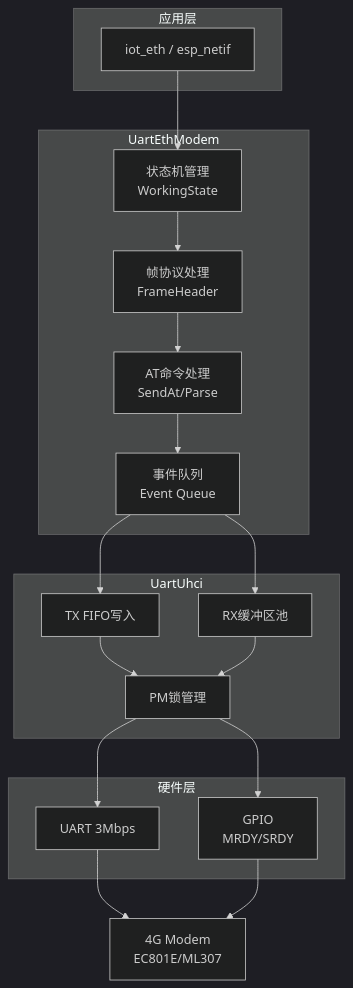
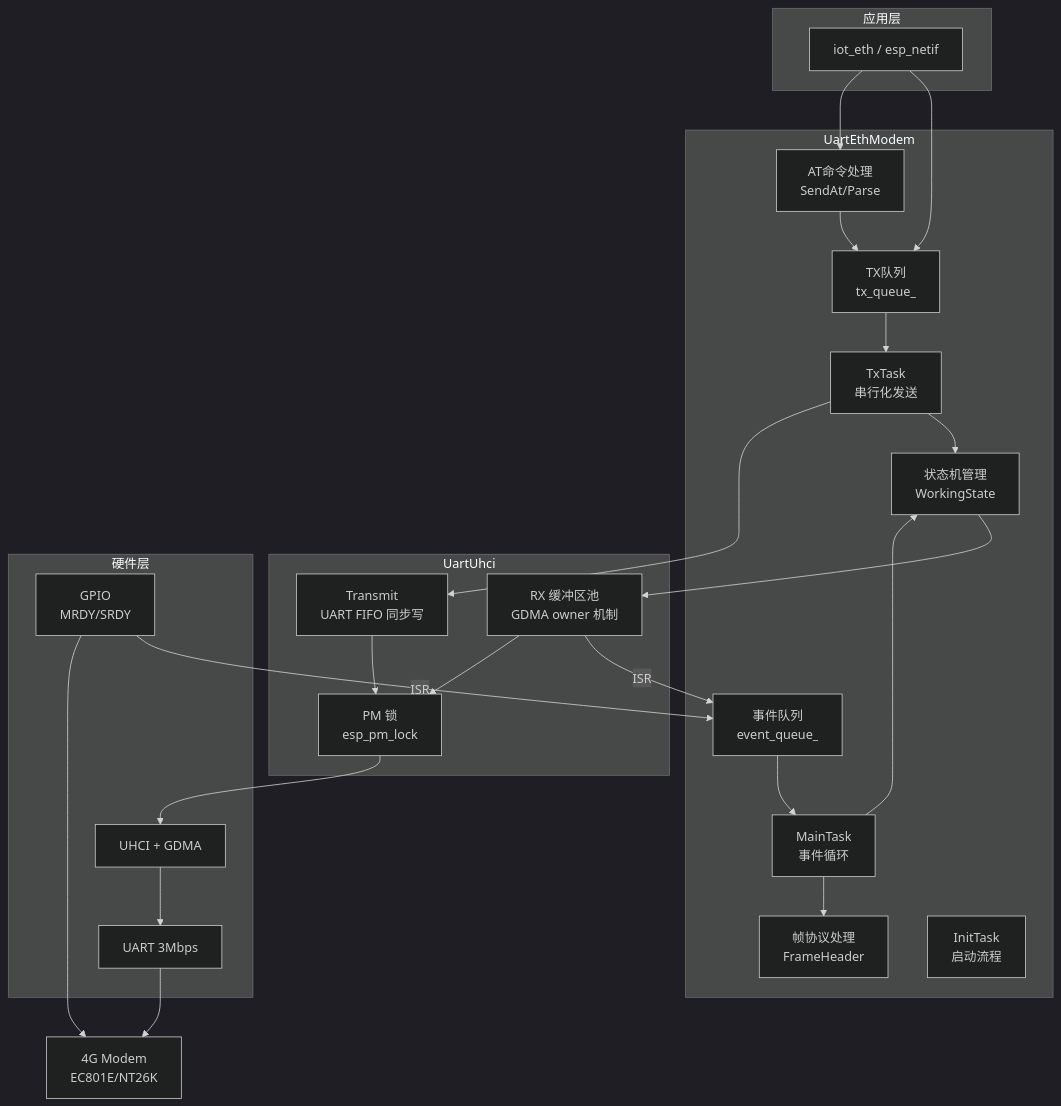
Before and after one commit to 78/uart-eth-modem: the first of 22 diagrams in WORKING_PRINCIPLE.md, drawn with Mermaid (dark theme). The commit also changed other lines of this file and 2 other files, not shown here.

````diff
--- a/WORKING_PRINCIPLE.md
+++ b/WORKING_PRINCIPLE.md
@@ -24,39 +32,50 @@
 ```mermaid
 graph TB
     subgraph "应用层"
         APP[iot_eth / esp_netif]
     end
-    
+
     subgraph "UartEthModem"
         SM[状态机管理<br/>WorkingState]
         FP[帧协议处理<br/>FrameHeader]
         AT[AT命令处理<br/>SendAt/Parse]
-        EQ[事件队列<br/>Event Queue]
+        EQ[事件队列<br/>event_queue_]
+        TQ[TX队列<br/>tx_queue_]
+        TT[TxTask<br/>串行化发送]
+        MT[MainTask<br/>事件循环]
+        IT[InitTask<br/>启动流程]
     end
-    
+
     subgraph "UartUhci"
-        TXFIFO[TX FIFO写入]
-        RXPOOL[RX缓冲区池]
-        PM[PM锁管理]
+        TXFIFO[Transmit<br/>UART FIFO 同步写]
+        RXPOOL[RX 缓冲区池<br/>GDMA owner 机制]
+        PM[PM 锁<br/>esp_pm_lock]
     end
-    
+
     subgraph "硬件层"
         UART[UART 3Mbps]
         GPIO[GPIO<br/>MRDY/SRDY]
+        UHCI[UHCI + GDMA]
     end
-    
-    MODEM[4G Modem<br/>EC801E/ML307]
-    
-    APP --> SM
-    SM --> FP
-    FP --> AT
-    AT --> EQ
-    EQ --> TXFIFO
-    EQ --> RXPOOL
+
+    MODEM[4G Modem<br/>EC801E/NT26K]
+
+    APP --> TQ
+    APP --> AT
+    AT --> TQ
+    TQ --> TT
+    TT --> SM
+    TT --> TXFIFO
+    MT --> SM
+    MT --> FP
+    SM --> RXPOOL
+    EQ --> MT
+    RXPOOL -- ISR --> EQ
+    GPIO -- ISR --> EQ
     TXFIFO --> PM
     RXPOOL --> PM
-    PM --> UART
-    PM --> GPIO
+    PM --> UHCI
+    UHCI --> UART
     UART --> MODEM
     GPIO --> MODEM
 ```
````
